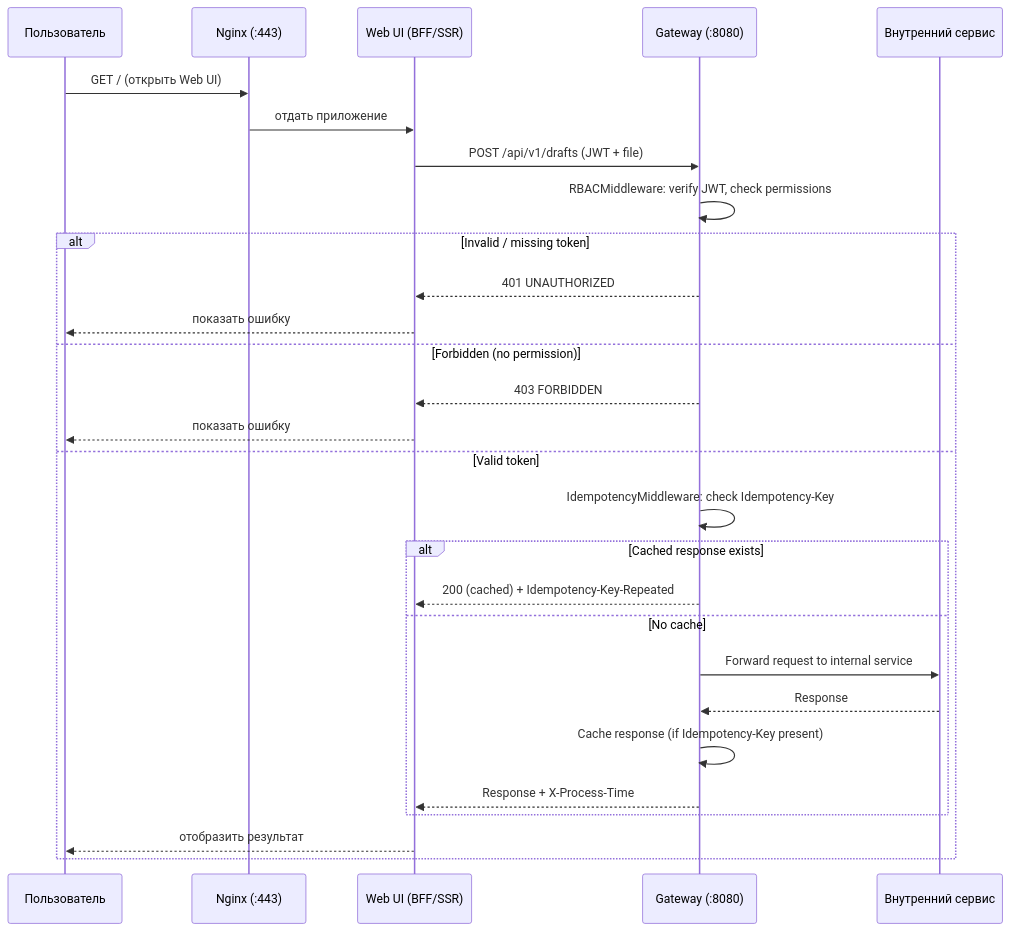
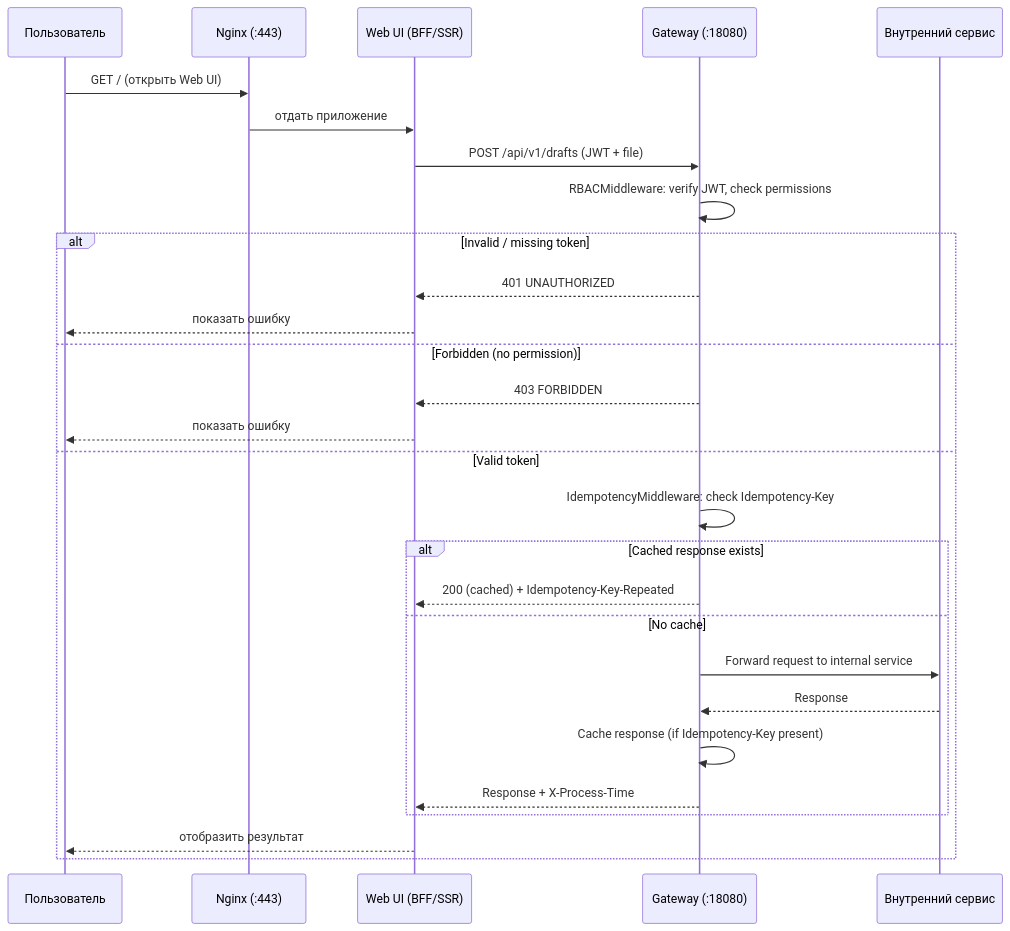
One commit to MasterKSAF/PKB changed the second of 2 diagrams in backend/service_checker/docs/api/gateway_service_api.md. Above: the diagram before and after it, drawn with Mermaid. The commit also changed other lines of this file and 25 other files, not shown here.

````diff
--- a/backend/service_checker/docs/api/gateway_service_api.md
+++ b/backend/service_checker/docs/api/gateway_service_api.md
@@ -369,31 +369,31 @@
 ```mermaid
 sequenceDiagram
     participant User as Пользователь
     participant Nginx as Nginx (:443)
     participant UI as Web UI (BFF/SSR)
-    participant GW as Gateway (:8080)
+    participant GW as Gateway (:18080)
     participant Internal as Внутренний сервис
 
     User->>Nginx: GET / (открыть Web UI)
     Nginx->>UI: отдать приложение
     UI->>GW: POST /api/v1/drafts (JWT + file)
     GW->>GW: RBACMiddleware: verify JWT, check permissions
     alt Invalid / missing token
         GW-->>UI: 401 UNAUTHORIZED
         UI-->>User: показать ошибку
     else Forbidden (no permission)
         GW-->>UI: 403 FORBIDDEN
         UI-->>User: показать ошибку
     else Valid token
         GW->>GW: IdempotencyMiddleware: check Idempotency-Key
         alt Cached response exists
             GW-->>UI: 200 (cached) + Idempotency-Key-Repeated
         else No cache
             GW->>Internal: Forward request to internal service
             Internal-->>GW: Response
             GW->>GW: Cache response (if Idempotency-Key present)
             GW-->>UI: Response + X-Process-Time
         end
         UI-->>User: отобразить результат
     end
 ```
````
